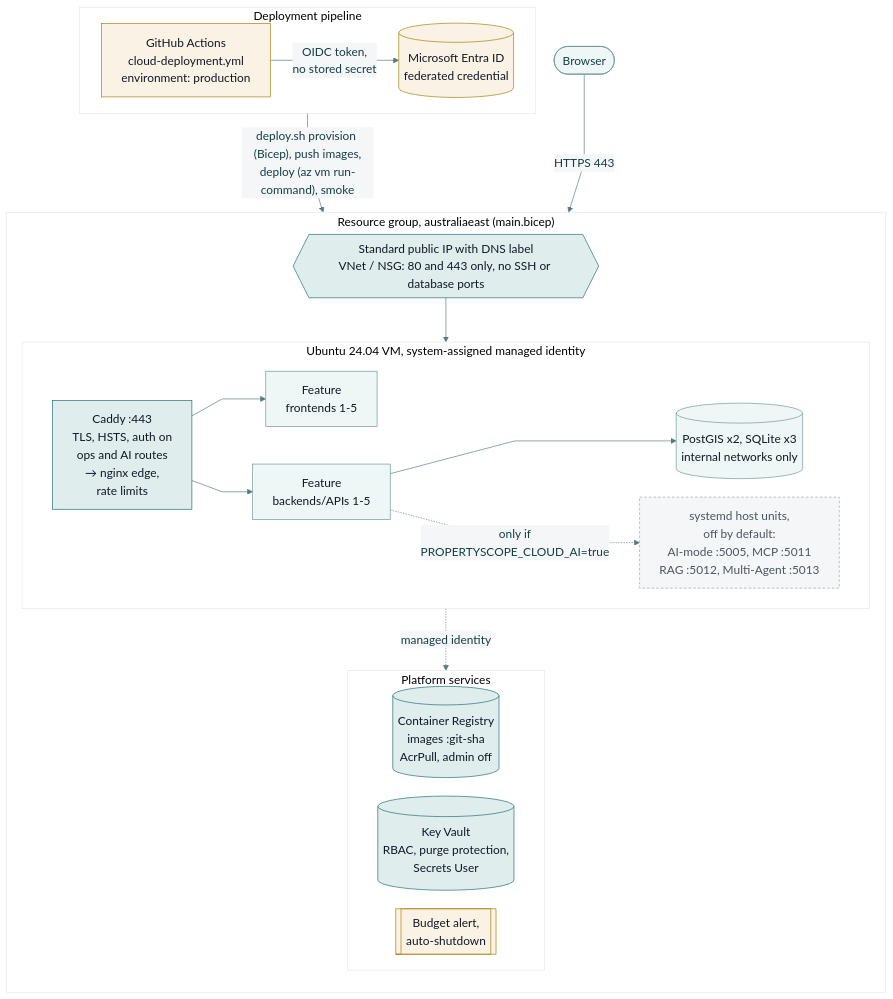
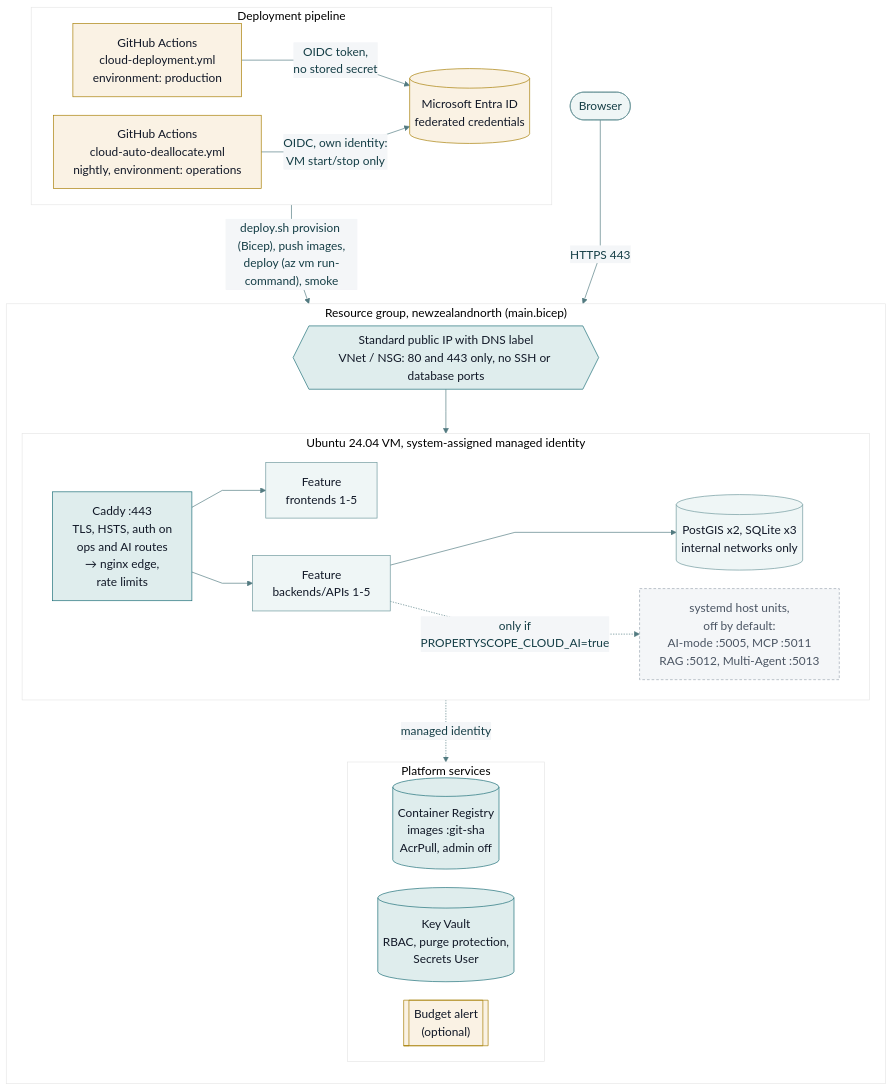
The diagram in docs/reports/diagrams/release-2/azure-reference-architecture.mmd (MattShelton04/41026ASDProject), drawn with Mermaid before and after one commit. The commit also changed 13 other files, not shown here.

First line of the commit message:
docs(azure): record the provisioned newzealandnorth deployment

```diff
--- a/docs/reports/diagrams/release-2/azure-reference-architecture.mmd
+++ b/docs/reports/diagrams/release-2/azure-reference-architecture.mmd
@@ -1,39 +1,40 @@
 %%{init: {"theme":"base","themeVariables":{"fontFamily":"Arial","fontSize":"18px","primaryColor":"#eff6f6","primaryBorderColor":"#6b969b","primaryTextColor":"#153e46","lineColor":"#527a80","secondaryColor":"#f4f6f8","tertiaryColor":"#ffffff"},"flowchart":{"curve":"linear","wrappingWidth":400,"nodeSpacing":28,"rankSpacing":42}}}%%
 flowchart TB
     subgraph deployer["Deployment pipeline"]
         direction LR
-        gha["GitHub Actions<br/>cloud-deployment.yml<br/>environment: production"] -->|"OIDC token,<br/>no stored secret"| entra[("Microsoft Entra ID<br/>federated credential")]
+        gha["GitHub Actions<br/>cloud-deployment.yml<br/>environment: production"] -->|"OIDC token,<br/>no stored secret"| entra[("Microsoft Entra ID<br/>federated credentials")]
+        ops["GitHub Actions<br/>cloud-auto-deallocate.yml<br/>nightly, environment: operations"] -->|"OIDC, own identity:<br/>VM start/stop only"| entra
     end
     user([Browser])
 
     deployer -->|"deploy.sh provision (Bicep), push images,<br/>deploy (az vm run-command), smoke"| rg
     user -->|"HTTPS 443"| rg
 
-    subgraph rg["Resource group, australiaeast (main.bicep)"]
+    subgraph rg["Resource group, newzealandnorth (main.bicep)"]
         direction TB
         ingress{{"Standard public IP with DNS label<br/>VNet / NSG: 80 and 443 only, no SSH or database ports"}}
         ingress --> vm
         subgraph vm["Ubuntu 24.04 VM, system-assigned managed identity"]
             direction LR
             edge["Caddy :443<br/>TLS, HSTS, auth on<br/>ops and AI routes<br/>→ nginx edge,<br/>rate limits"] --> fe["Feature<br/>frontends 1-5"]
             edge --> be["Feature<br/>backends/APIs 1-5"]
             be --> dbs[("PostGIS x2, SQLite x3<br/>internal networks only")]
             be -.->|"only if<br/>PROPERTYSCOPE_CLOUD_AI=true"| aitier["systemd host units,<br/>off by default:<br/>AI-mode :5005, MCP :5011<br/>RAG :5012, Multi-Agent :5013"]
         end
         vm -.->|"managed identity"| services
         subgraph services["Platform services"]
             direction LR
             acr[("Container Registry<br/>images :git-sha<br/>AcrPull, admin off")]
             kv[("Key Vault<br/>RBAC, purge protection,<br/>Secrets User")]
-            budget[["Budget alert,<br/>auto-shutdown"]]
+            budget[["Budget alert<br/>(optional)"]]
         end
     end
 
     classDef shared fill:#dfeded,stroke:#176b75,color:#111827;
     classDef feature fill:#eff6f6,stroke:#6b969b,color:#111827;
     classDef off fill:#f4f6f8,stroke:#9aa5b1,color:#4b5563,stroke-dasharray: 4 3;
     classDef note fill:#faf2e4,stroke:#a67c00,color:#111827;
     class edge,acr,kv,ingress shared;
     class fe,be,dbs feature;
     class aitier off;
-    class gha,entra,budget note;
+    class gha,ops,entra,budget note;
```
